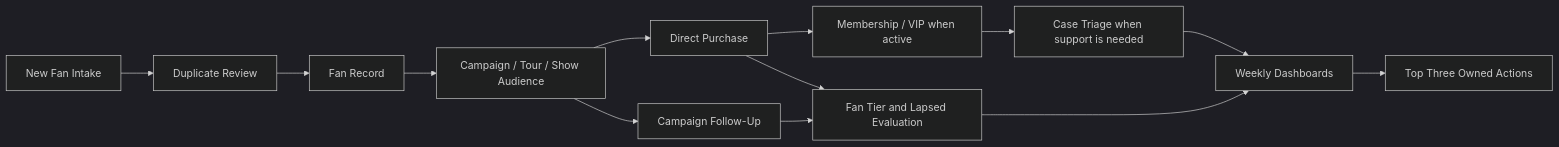
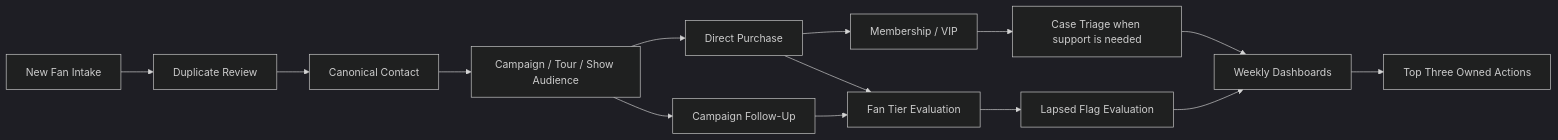
One commit to crsauer91/milehighdreamin changed the diagram in 03-design/02-wireframes/README.md. Above: the diagram before and after it, drawn with Mermaid (dark theme). The commit also changed other lines of this file and 53 other files, not shown here.

````diff
--- a/03-design/02-wireframes/README.md
+++ b/03-design/02-wireframes/README.md
@@ -42,15 +45,16 @@
 ```mermaid
 flowchart LR
   Intake[New Fan Intake] --> Dedupe[Duplicate Review]
-  Dedupe --> Fan[Fan Record]
+  Dedupe --> Fan[Canonical Contact]
   Fan --> Campaign[Campaign / Tour / Show Audience]
   Campaign --> Purchase[Direct Purchase]
   Campaign --> Follow[Campaign Follow-Up]
-  Purchase --> Program[Membership / VIP when active]
-  Purchase --> Tier[Fan Tier and Lapsed Evaluation]
+  Purchase --> Program[Membership / VIP]
+  Purchase --> Tier[Fan Tier Evaluation]
   Follow --> Tier
+  Tier --> Lapse[Lapsed Flag Evaluation]
   Program --> Service[Case Triage when support is needed]
-  Tier --> Dash[Weekly Dashboards]
+  Lapse --> Dash[Weekly Dashboards]
   Service --> Dash
   Dash --> Tasks[Top Three Owned Actions]
 ```
````
